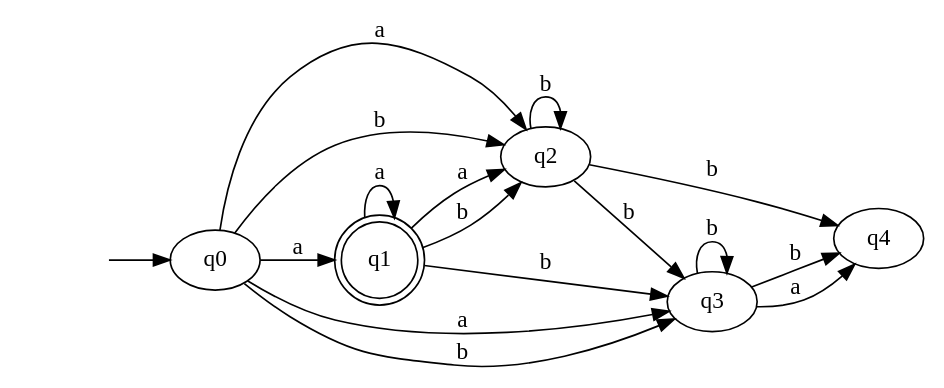
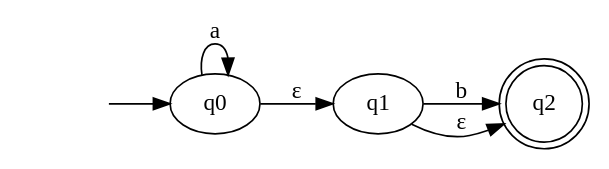
One commit to bas200o/formele-methoden changed the diagram in formele_methoden/graphs/graph_1.dot. Above: the diagram before and after it, drawn with Graphviz. The commit also changed 11 other files, not shown here.

```diff
--- a/formele_methoden/graphs/graph_1.dot
+++ b/formele_methoden/graphs/graph_1.dot
@@ -1,21 +1,10 @@
 digraph graph_1
 {
 	rankdir =  LR; node_start [label = "", shape = none]; 
 	node_start ->  q0; 
-	q1 [label =q1, shape = doublecircle]; 
-	q0 -> q1 [label=a]; 
-	q0 -> q2 [label=a]; 
-	q0 -> q2 [label=b]; 
-	q0 -> q3 [label=a]; 
-	q0 -> q3 [label=b]; 
-	q1 -> q1 [label=a]; 
-	q1 -> q2 [label=a]; 
+	q2 [label =q2, shape = doublecircle]; 
+	q0 -> q1 [label=ε]; 
+	q0 -> q0 [label=a]; 
 	q1 -> q2 [label=b]; 
-	q1 -> q3 [label=b]; 
-	q2 -> q2 [label=b]; 
-	q2 -> q4 [label=b]; 
-	q2 -> q3 [label=b]; 
-	q3 -> q3 [label=b]; 
-	q3 -> q4 [label=a]; 
-	q3 -> q4 [label=b]; 
+	q1 -> q2 [label=ε]; 
 }
```
